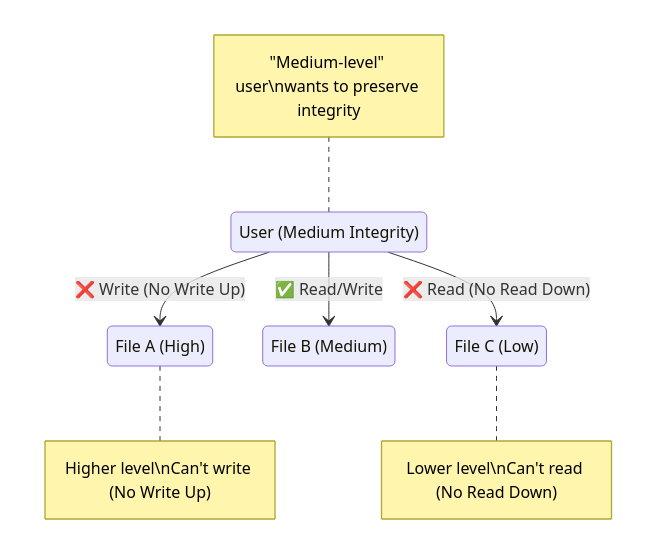
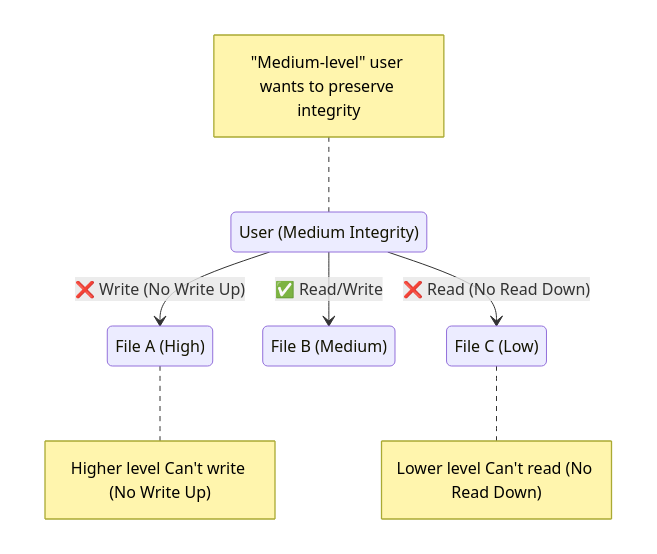
Before and after one commit to lorenzoleonelli/CISSP-Zero-to-Hero: the tenth of 10 diagrams in DOMAIN3: Security Architecture and Engineering/3.02 Understand the fundamental concepts of security models (e.g. Biba, STar Model, Bell Lapadula).md, drawn with Mermaid.

Commit message:
Update 3.02 Understand the fundamental concepts of security models (e.g. Biba, STar Model, Bell Lapadula).md

````diff
--- a/DOMAIN3: Security Architecture and Engineering/3.02 Understand the fundamental concepts of security models (e.g. Biba, STar Model, Bell Lapadula).md
+++ b/DOMAIN3: Security Architecture and Engineering/3.02 Understand the fundamental concepts of security models (e.g. Biba, STar Model, Bell Lapadula).md
@@ -321,25 +321,25 @@
 ```mermaid
 stateDiagram-v2
     direction TB
 
     state "User (Medium Integrity)" as User
     state "File A (High)" as FileHigh
     state "File B (Medium)" as FileMed
     state "File C (Low)" as FileLow
 
     User --> FileHigh : ❌ Write (No Write Up)
     User --> FileMed : ✅ Read/Write
     User --> FileLow : ❌ Read (No Read Down)
 
     note right of FileHigh
-      Higher level\nCan't write (No Write Up)
+      Higher level Can't write (No Write Up)
     end note
 
     note right of FileLow
-      Lower level\nCan't read (No Read Down)
+      Lower level Can't read (No Read Down)
     end note
 
     note left of User
-      "Medium-level" user\nwants to preserve integrity
+      "Medium-level" user wants to preserve integrity
     end note
 ```
````
